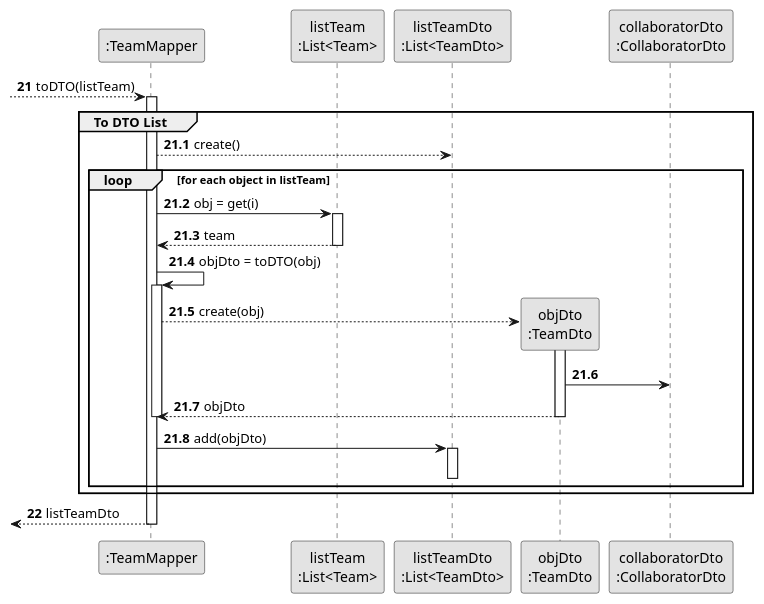
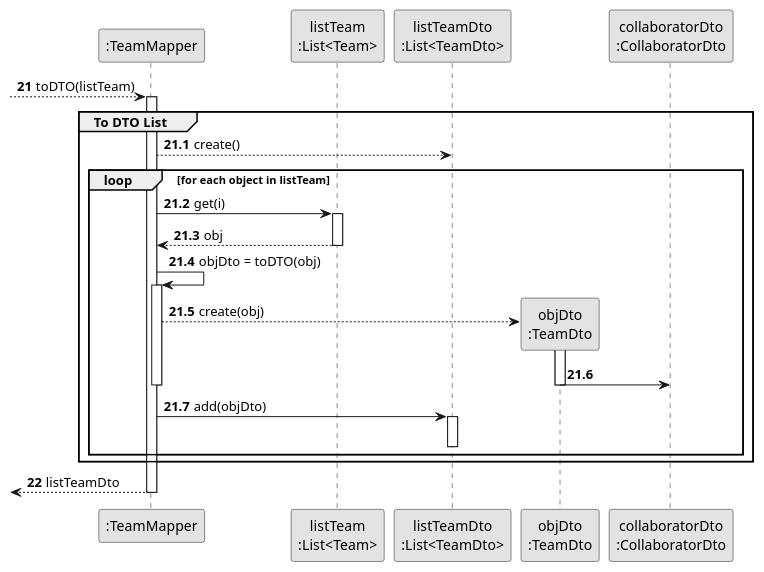
Before and after one commit to Departamento-de-Engenharia-Informatica/lei-24-s2-1db-g022: the diagram in docs/sprint3/us23/03.design/puml/us23-partial-sequence-diagram-SD-toDTO-List.puml, drawn with PlantUML. The commit also changed 1 other file, not shown here.

```diff
--- a/docs/sprint3/us23/03.design/puml/us23-partial-sequence-diagram-SD-toDTO-List.puml
+++ b/docs/sprint3/us23/03.design/puml/us23-partial-sequence-diagram-SD-toDTO-List.puml
@@ -1,68 +1,65 @@
 @startuml
 'https://plantuml.com/sequence-diagram
 skinparam monochrome true
 skinparam packageStyle rectangle
 skinparam shadowing false
 
 participant ":TeamMapper" as TEAMMP
 participant "listTeam\n:List<Team>" as TEAMLIST
 participant "listTeamDto\n:List<TeamDto>" as LSTEAMDTO
 participant "objDto\n:TeamDto" as DTOTEAM
 participant "collaboratorDto\n:CollaboratorDto" as DTOCOLLABORATOR
 
 autonumber 21
 
 --> TEAMMP : toDTO(listTeam)
 
 autonumber 21.1
 
 activate TEAMMP
 
 group To DTO List
 
 TEAMMP --> LSTEAMDTO : create()
 
 loop for each object in listTeam
 
-TEAMMP -> TEAMLIST : obj = get(i)
+TEAMMP -> TEAMLIST : get(i)
 
 activate TEAMLIST
 
-TEAMLIST --> TEAMMP : team
+TEAMLIST --> TEAMMP : obj
 
 deactivate TEAMLIST
 
 TEAMMP -> TEAMMP : objDto = toDTO(obj)
 
 activate TEAMMP
 
 TEAMMP --> DTOTEAM** : create(obj)
 
 activate DTOTEAM
 
 DTOTEAM -> DTOCOLLABORATOR
 
-
-
-DTOTEAM --> TEAMMP : objDto
 
 deactivate DTOTEAM
 
 deactivate TEAMMP
 
 TEAMMP -> LSTEAMDTO : add(objDto)
 
 activate LSTEAMDTO
 
 deactivate LSTEAMDTO
 
 end
 
 end
 
 autonumber 22
 
 <-- TEAMMP : listTeamDto
 
 deactivate TEAMMP
 @enduml
```
